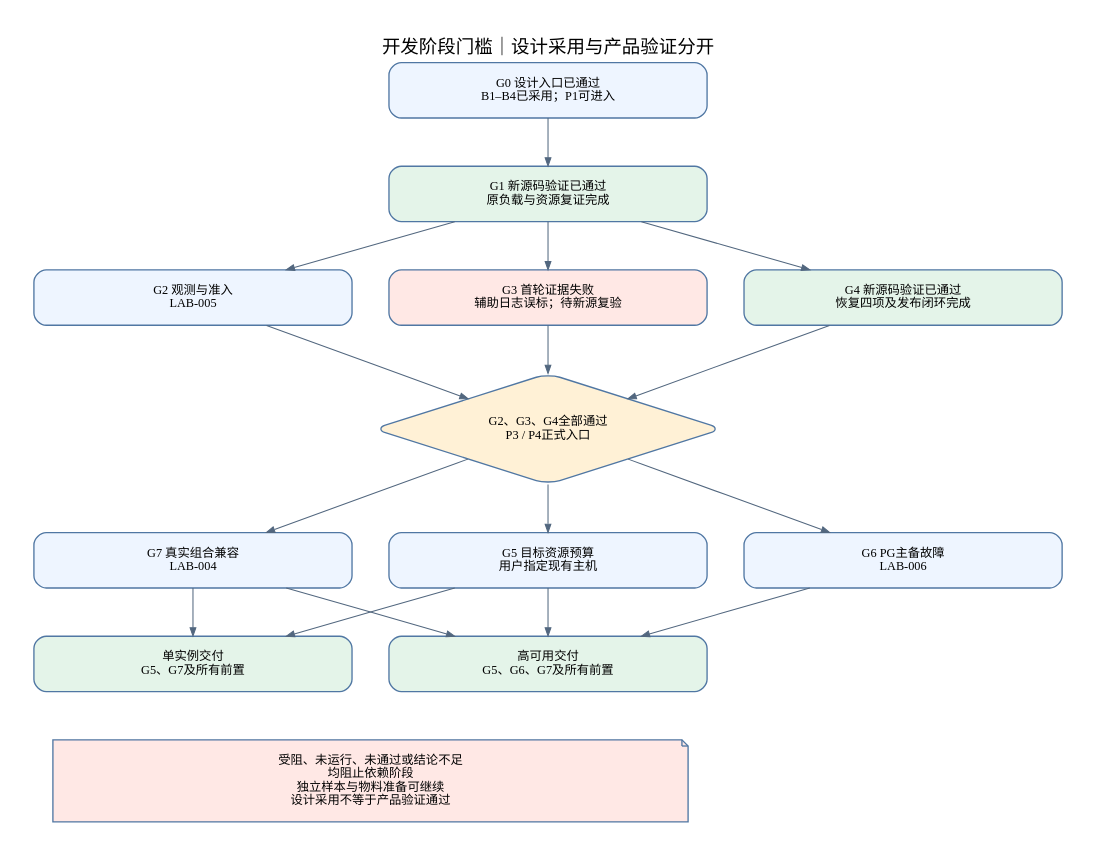
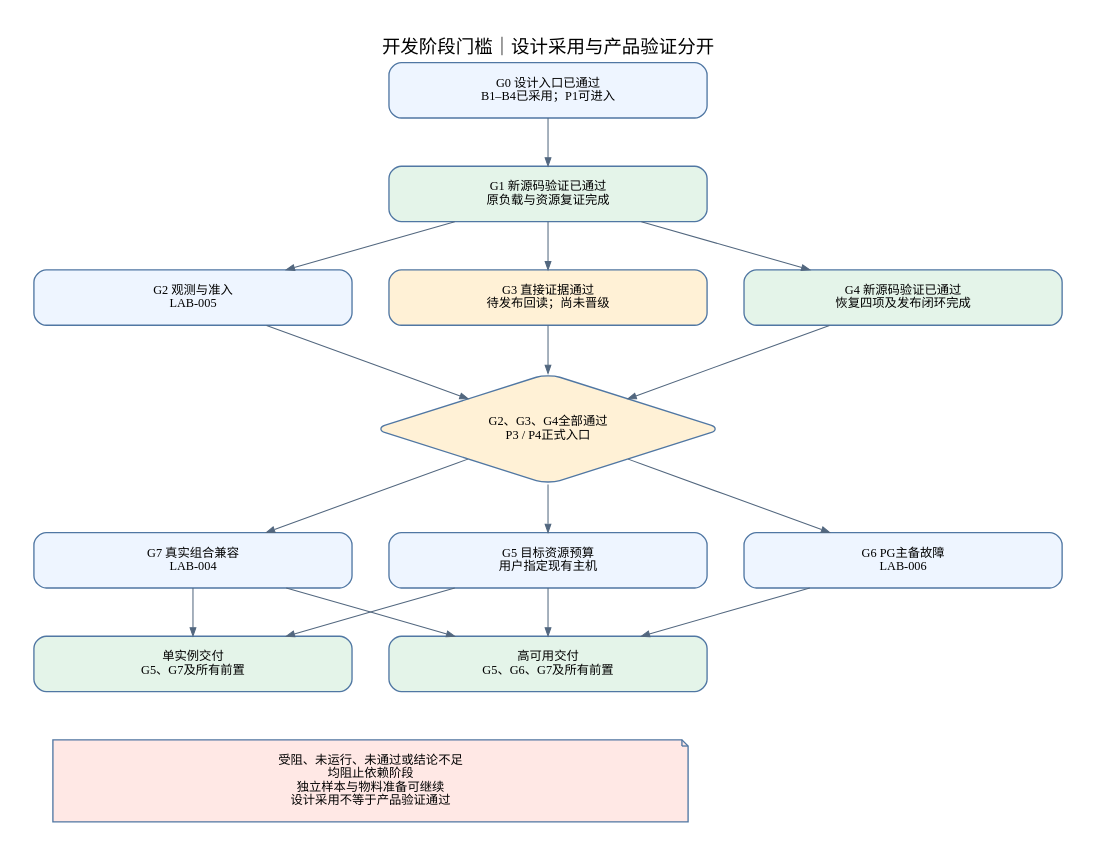
Before and after one commit to wyw-ai/loom-oi: the diagram in docs/architecture/diagrams/v0.7/06-delivery-dependencies.dot, drawn with Graphviz. The commit also changed 35 other files, not shown here.

```diff
--- a/docs/architecture/diagrams/v0.7/06-delivery-dependencies.dot
+++ b/docs/architecture/diagrams/v0.7/06-delivery-dependencies.dot
@@ -1,23 +1,23 @@
 digraph G {
 graph [bgcolor="white",pad="0.35",nodesep="0.5",ranksep="0.65",fontname="Noto Sans SC",fontsize=18,labelloc="t",splines=polyline];
 node [shape=box,style="rounded,filled",fillcolor="#eef5ff",color="#5077a3",fontname="Noto Sans SC",fontsize=12,width=4.3,margin="0.35,0.2",penwidth=1.3];
 edge [color="#52677f",fontname="Noto Sans SC",fontsize=10,arrowsize=0.8];
 rankdir=TB;label="开发阶段门槛｜设计采用与产品验证分开";
  g0[label="G0 设计入口已通过\nB1–B4已采用；P1可进入"];
  g1[label="G1 新源码验证已通过\n原负载与资源复证完成",fillcolor="#e4f4e9"];
  g2[label="G2 观测与准入\nLAB-005"];
- g3[label="G3 首轮证据失败\n辅助日志误标；待新源复验",fillcolor="#ffe8e5"];
+ g3[label="G3 直接证据通过\n待发布回读；尚未晋级",fillcolor="#fff1d6"];
  g4[label="G4 新源码验证已通过\n恢复四项及发布闭环完成",fillcolor="#e4f4e9"];
  gate[label="G2、G3、G4全部通过\nP3 / P4正式入口",shape=diamond,fillcolor="#fff1d6"];
  g5[label="G5 目标资源预算\n用户指定现有主机"];
  g6[label="G6 PG主备故障\nLAB-006"];
  g7[label="G7 真实组合兼容\nLAB-004"];
  single[label="单实例交付\nG5、G7及所有前置",fillcolor="#e4f4e9"];
  ha[label="高可用交付\nG5、G6、G7及所有前置",fillcolor="#e4f4e9"];
  g0->g1;g1->g2;g1->g3;g1->g4;{rank=same;g2;g3;g4;}
  g2->gate;g3->gate;g4->gate;gate->g5;gate->g6;gate->g7;{rank=same;g5;g6;g7;}
  g5->single;g7->single;g5->ha;g6->ha;g7->ha;
  note[label="受阻、未运行、未通过或结论不足\n均阻止依赖阶段\n独立样本与物料准备可继续\n设计采用不等于产品验证通过",width=8.6,shape=note,fillcolor="#ffe8e5"];
  single->note[style=invis];ha->note[style=invis];
 
 }
```
